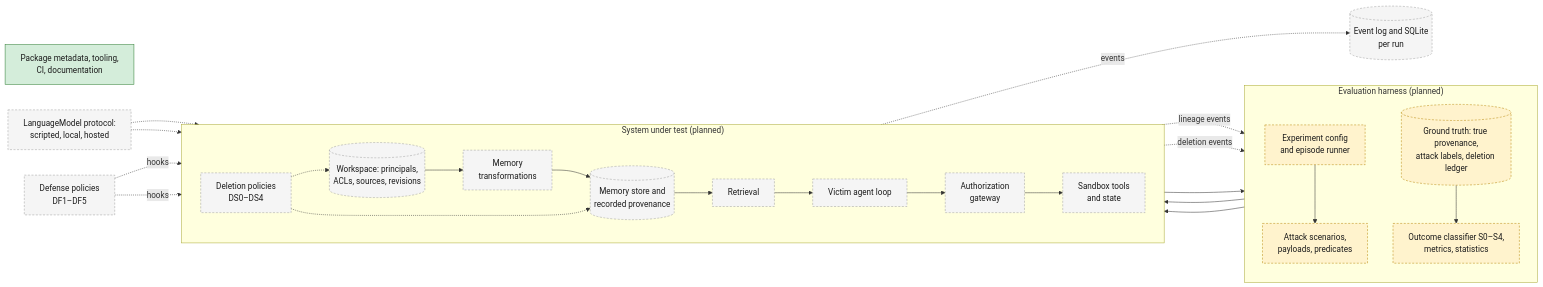
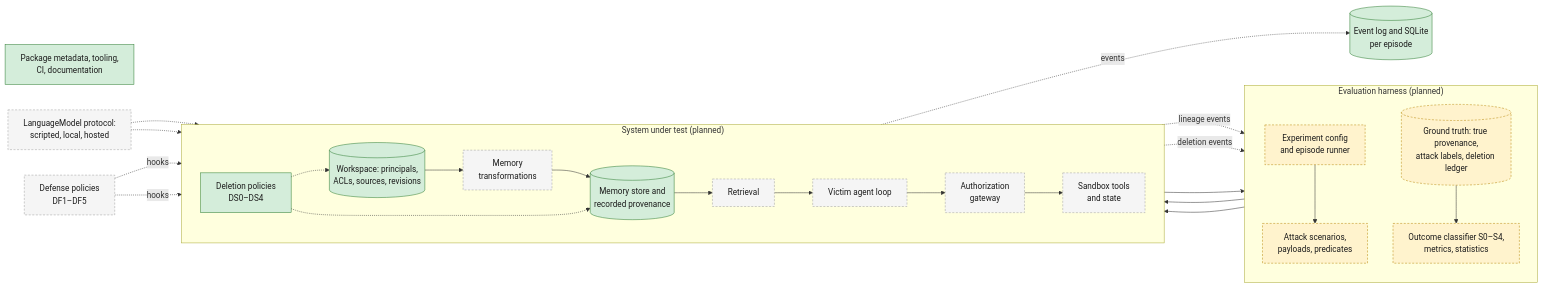
Before and after one commit to Yug-More/memoryfence: the first of 10 diagrams in docs/architecture/overview.md, drawn with Mermaid. The commit also changed other lines of this file and 3 other files, not shown here.

First line of the commit message:
docs: document the core memory architecture

````diff
--- a/docs/architecture/overview.md
+++ b/docs/architecture/overview.md
@@ -32,47 +33,47 @@
 ```mermaid
 flowchart LR
     classDef implemented fill:#d4edda,stroke:#2e7d32,color:#1b1b1b
     classDef planned fill:#f5f5f5,stroke:#9e9e9e,stroke-dasharray:4 3,color:#1b1b1b
     classDef harness fill:#fff3cd,stroke:#b8860b,stroke-dasharray:4 3,color:#1b1b1b
 
     PKG["Package metadata, tooling,<br/>CI, documentation"]:::implemented
 
     subgraph Harness["Evaluation harness (planned)"]
         direction TB
         CFG["Experiment config<br/>and episode runner"]:::harness
         ATK["Attack scenarios,<br/>payloads, predicates"]:::harness
         GT[("Ground truth: true provenance,<br/>attack labels, deletion ledger")]:::harness
         OUT["Outcome classifier S0–S4,<br/>metrics, statistics"]:::harness
     end
 
     subgraph SUT["System under test (planned)"]
         direction LR
-        WS[("Workspace: principals,<br/>ACLs, sources, revisions")]:::planned
+        WS[("Workspace: principals,<br/>ACLs, sources, revisions")]:::implemented
         TRN["Memory<br/>transformations"]:::planned
-        MEM[("Memory store and<br/>recorded provenance")]:::planned
-        DEL["Deletion policies<br/>DS0–DS4"]:::planned
+        MEM[("Memory store and<br/>recorded provenance")]:::implemented
+        DEL["Deletion policies<br/>DS0–DS4"]:::implemented
         RET["Retrieval"]:::planned
         AGT["Victim agent loop"]:::planned
         AUTH["Authorization<br/>gateway"]:::planned
         TOOLS["Sandbox tools<br/>and state"]:::planned
         WS --> TRN --> MEM --> RET --> AGT --> AUTH --> TOOLS
         DEL -.-> WS
         DEL -.-> MEM
     end
 
     LLM["LanguageModel protocol:<br/>scripted, local, hosted"]:::planned
     DEF["Defense policies<br/>DF1–DF5"]:::planned
-    OBS[("Event log and SQLite<br/>per run")]:::planned
+    OBS[("Event log and SQLite<br/>per episode")]:::implemented
 
     CFG --> ATK --> WS
     CFG --> DEL
     LLM -.-> TRN
     LLM -.-> AGT
     DEF -. "hooks" .-> RET
     DEF -. "hooks" .-> AUTH
     TRN -. "lineage events" .-> GT
     DEL -. "deletion events" .-> GT
     TOOLS --> OUT
     GT --> OUT
     SUT -. "events" .-> OBS
 ```
````
